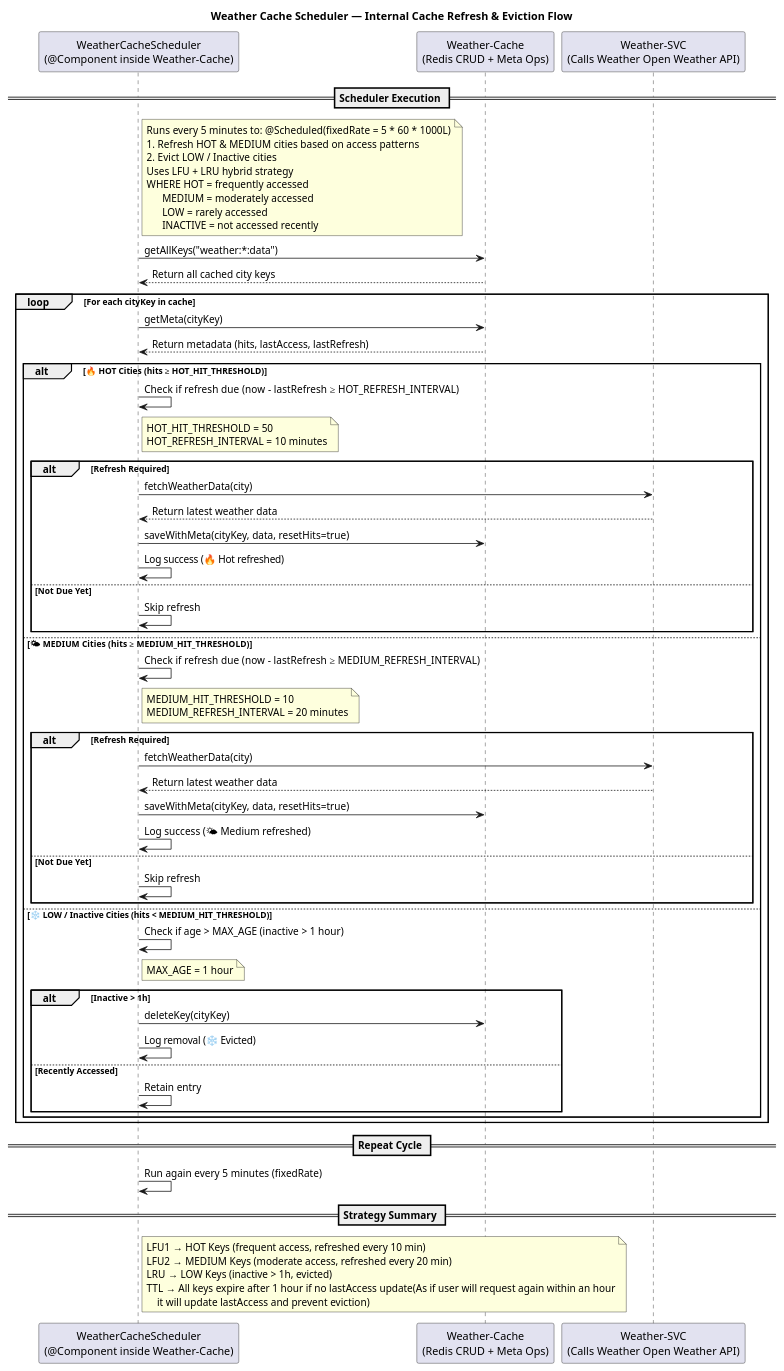
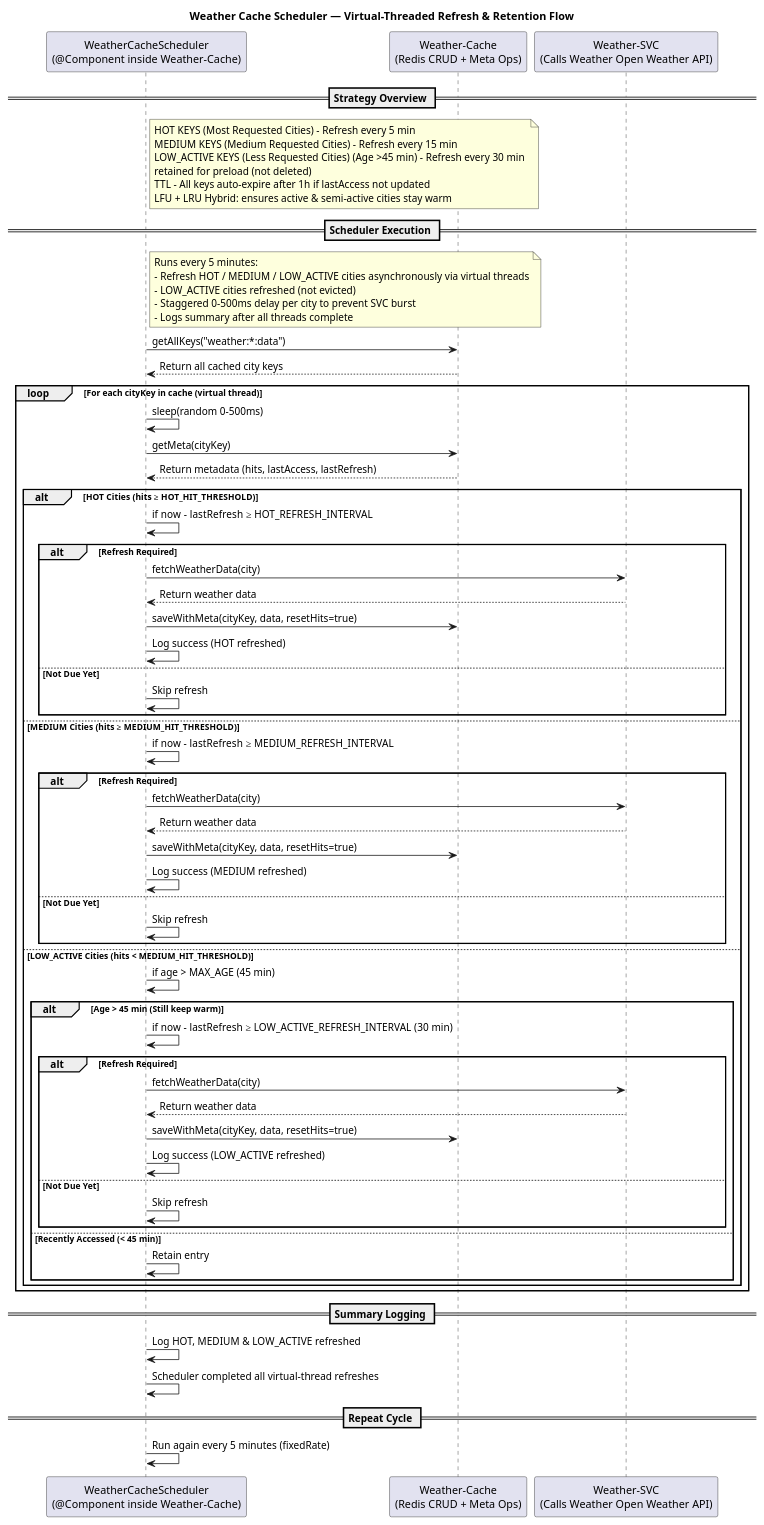
The diagram in SequnceSchedularDig.puml (shivamnamdeo0101/weather-app), drawn with PlantUML before and after one commit. The commit also changed 5 other files, not shown here.

```diff
--- a/SequnceSchedularDig.puml
+++ b/SequnceSchedularDig.puml
@@ -1,83 +1,85 @@
 @startuml
-title Weather Cache Scheduler — Internal Cache Refresh & Eviction Flow
+title Weather Cache Scheduler — Virtual-Threaded Refresh & Retention Flow
 
 participant "WeatherCacheScheduler\n(@Component inside Weather-Cache)" as scheduler
 participant "Weather-Cache\n(Redis CRUD + Meta Ops)" as redis
 participant "Weather-SVC\n(Calls Weather Open Weather API)" as svc
 
+== Strategy Overview ==
+note right of scheduler
+HOT KEYS (Most Requested Cities) - Refresh every 5 min
+MEDIUM KEYS (Medium Requested Cities) - Refresh every 15 min
+LOW_ACTIVE KEYS (Less Requested Cities) (Age >45 min) - Refresh every 30 min 
+retained for preload (not deleted)
+TTL - All keys auto-expire after 1h if lastAccess not updated
+LFU + LRU Hybrid: ensures active & semi-active cities stay warm
+end note
+
 == Scheduler Execution ==
 note right of scheduler
-Runs every 5 minutes to: @Scheduled(fixedRate = 5 * 60 * 1000L)
-1. Refresh HOT & MEDIUM cities based on access patterns
-2. Evict LOW / Inactive cities
-Uses LFU + LRU hybrid strategy
-WHERE HOT = frequently accessed
-      MEDIUM = moderately accessed
-      LOW = rarely accessed
-      INACTIVE = not accessed recently
+Runs every 5 minutes:
+- Refresh HOT / MEDIUM / LOW_ACTIVE cities asynchronously via virtual threads
+- LOW_ACTIVE cities refreshed (not evicted)
+- Staggered 0–500ms delay per city to prevent SVC burst
+- Logs summary after all threads complete
 end note
 
 scheduler -> redis: getAllKeys("weather:*:data")
 redis --> scheduler: Return all cached city keys
 
-loop For each cityKey in cache
+loop For each cityKey in cache (virtual thread)
+    scheduler -> scheduler: sleep(random 0–500ms)
+
     scheduler -> redis: getMeta(cityKey)
     redis --> scheduler: Return metadata (hits, lastAccess, lastRefresh)
 
-    alt 🔥 HOT Cities (hits ≥ HOT_HIT_THRESHOLD)
-        scheduler -> scheduler: Check if refresh due (now - lastRefresh ≥ HOT_REFRESH_INTERVAL)
-        note right of scheduler
-            HOT_HIT_THRESHOLD = 50
-            HOT_REFRESH_INTERVAL = 10 minutes
-        end note
+    alt HOT Cities (hits ≥ HOT_HIT_THRESHOLD)
+        scheduler -> scheduler: if now - lastRefresh ≥ HOT_REFRESH_INTERVAL
         alt Refresh Required
             scheduler -> svc: fetchWeatherData(city)
-            svc --> scheduler: Return latest weather data
+            svc --> scheduler: Return weather data
             scheduler -> redis: saveWithMeta(cityKey, data, resetHits=true)
-            scheduler -> scheduler: Log success (🔥 Hot refreshed)
+            scheduler -> scheduler: Log success (HOT refreshed)
         else Not Due Yet
             scheduler -> scheduler: Skip refresh
         end
 
-    else 🌤 MEDIUM Cities (hits ≥ MEDIUM_HIT_THRESHOLD)
-        scheduler -> scheduler: Check if refresh due (now - lastRefresh ≥ MEDIUM_REFRESH_INTERVAL)
-        note right of scheduler
-            MEDIUM_HIT_THRESHOLD = 10
-            MEDIUM_REFRESH_INTERVAL = 20 minutes
-        end note
+    else MEDIUM Cities (hits ≥ MEDIUM_HIT_THRESHOLD)
+        scheduler -> scheduler: if now - lastRefresh ≥ MEDIUM_REFRESH_INTERVAL
         alt Refresh Required
             scheduler -> svc: fetchWeatherData(city)
-            svc --> scheduler: Return latest weather data
+            svc --> scheduler: Return weather data
             scheduler -> redis: saveWithMeta(cityKey, data, resetHits=true)
-            scheduler -> scheduler: Log success (🌤 Medium refreshed)
+            scheduler -> scheduler: Log success (MEDIUM refreshed)
         else Not Due Yet
             scheduler -> scheduler: Skip refresh
         end
 
-    else ❄️ LOW / Inactive Cities (hits < MEDIUM_HIT_THRESHOLD)
-        scheduler -> scheduler: Check if age > MAX_AGE (inactive > 1 hour)
-        note right of scheduler
-            MAX_AGE = 1 hour
-        end note
-        alt Inactive > 1h
-            scheduler -> redis: deleteKey(cityKey)
-            scheduler -> scheduler: Log removal (❄️ Evicted)
-        else Recently Accessed
+    else LOW_ACTIVE Cities (hits < MEDIUM_HIT_THRESHOLD)
+        scheduler -> scheduler: if age > MAX_AGE (45 min)
+        alt Age > 45 min (Still keep warm)
+            scheduler -> scheduler: if now - lastRefresh ≥ LOW_ACTIVE_REFRESH_INTERVAL (30 min)
+            alt Refresh Required
+                scheduler -> svc: fetchWeatherData(city)
+                svc --> scheduler: Return weather data
+                scheduler -> redis: saveWithMeta(cityKey, data, resetHits=true)
+                scheduler -> scheduler: Log success (LOW_ACTIVE refreshed)
+            else Not Due Yet
+                scheduler -> scheduler: Skip refresh
+            end
+        else Recently Accessed (< 45 min)
             scheduler -> scheduler: Retain entry
         end
     end
 end
 
+== Summary Logging ==
+scheduler -> scheduler: Log HOT, MEDIUM & LOW_ACTIVE refreshed
+scheduler -> scheduler: Scheduler completed all virtual-thread refreshes
+
 == Repeat Cycle ==
 scheduler -> scheduler: Run again every 5 minutes (fixedRate)
 
-== Strategy Summary ==
-note right of scheduler
-LFU1 → HOT Keys (frequent access, refreshed every 10 min)
-LFU2 → MEDIUM Keys (moderate access, refreshed every 20 min)
-LRU → LOW Keys (inactive > 1h, evicted)
-TTL → All keys expire after 1 hour if no lastAccess update(As if user will request again within an hour
-    it will update lastAccess and prevent eviction)
-end note
+
 
 @enduml
```
